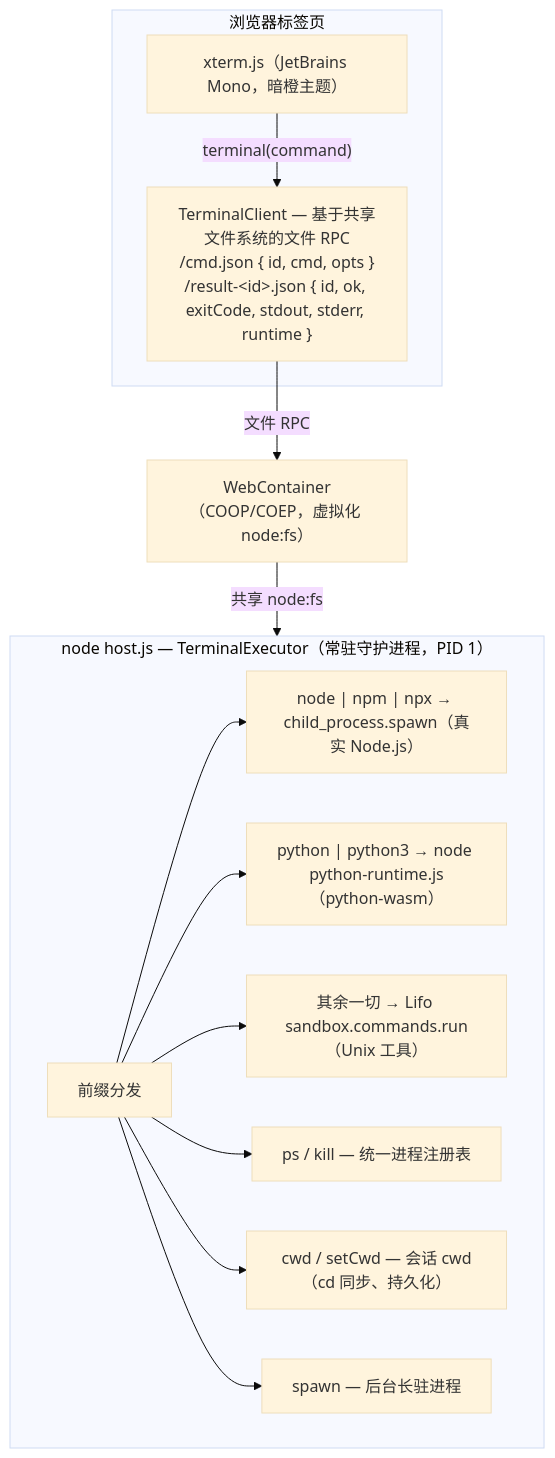
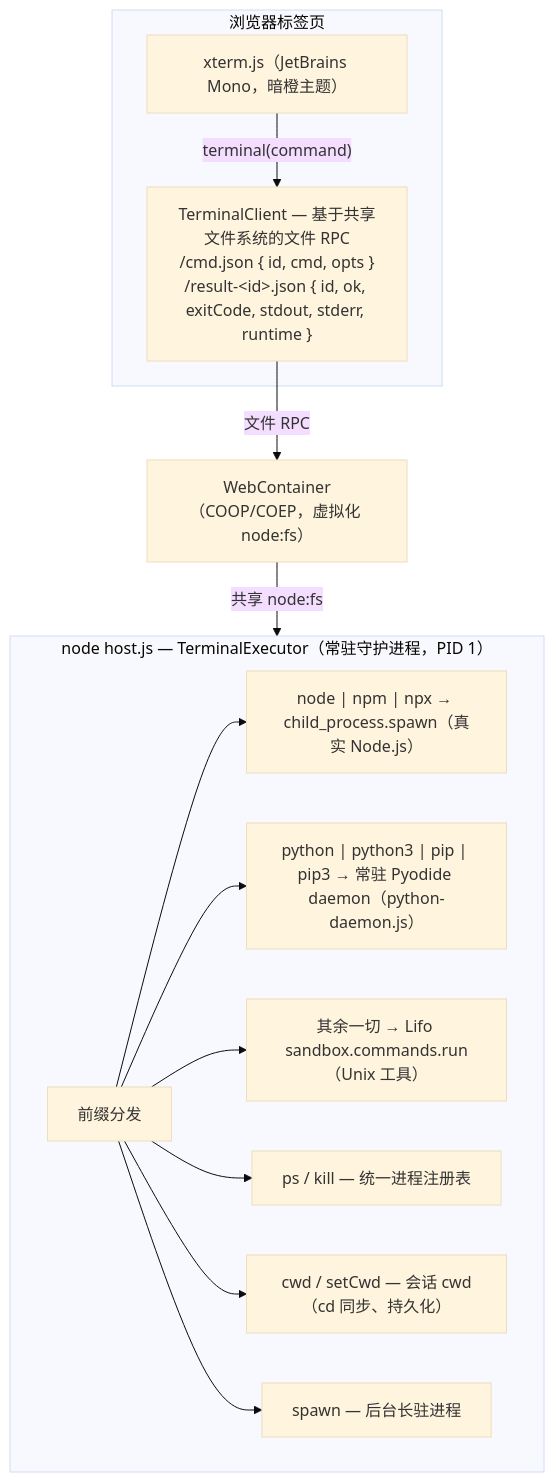
One commit to CJackHwang/Succinix changed the diagram in docs/README.zh-CN.md. Above: the diagram before and after it, drawn with Mermaid (base theme). The commit also changed other lines of this file and 21 other files, not shown here.

First line of the commit message:
feat: TASK27 内置 Python 换 Pyodide — pip/第三方包支持（python-wasm → Pyodide 314.0.4）

````diff
--- a/docs/README.zh-CN.md
+++ b/docs/README.zh-CN.md
@@ -41,30 +41,30 @@
 ```mermaid
 flowchart TD
     subgraph Browser["浏览器标签页"]
         XT["xterm.js（JetBrains Mono，暗橙主题）"]
         TC["TerminalClient — 基于共享文件系统的文件 RPC<br/>/cmd.json { id, cmd, opts }<br/>/result-&lt;id&gt;.json { id, ok, exitCode, stdout, stderr, runtime }"]
         XT -- "terminal(command)" --> TC
     end
 
     WC["WebContainer（COOP/COEP，虚拟化 node:fs）"]
 
     subgraph Host["node host.js — TerminalExecutor（常驻守护进程，PID 1）"]
         RT["前缀分发"]
         NODE["node | npm | npx → child_process.spawn（真实 Node.js）"]
-        PY["python | python3 → node python-runtime.js（python-wasm）"]
+        PY["python | python3 | pip | pip3 → 常驻 Pyodide daemon（python-daemon.js）"]
         LIFO["其余一切 → Lifo sandbox.commands.run（Unix 工具）"]
         PS["ps / kill — 统一进程注册表"]
         CWD["cwd / setCwd — 会话 cwd（cd 同步、持久化）"]
         SP["spawn — 后台长驻进程"]
     end
 
     TC -- "文件 RPC" --> WC
     WC -- "共享 node:fs" --> Host
 
     RT --> NODE
     RT --> PY
     RT --> LIFO
     RT --> PS
     RT --> CWD
     RT --> SP
 ```
````
